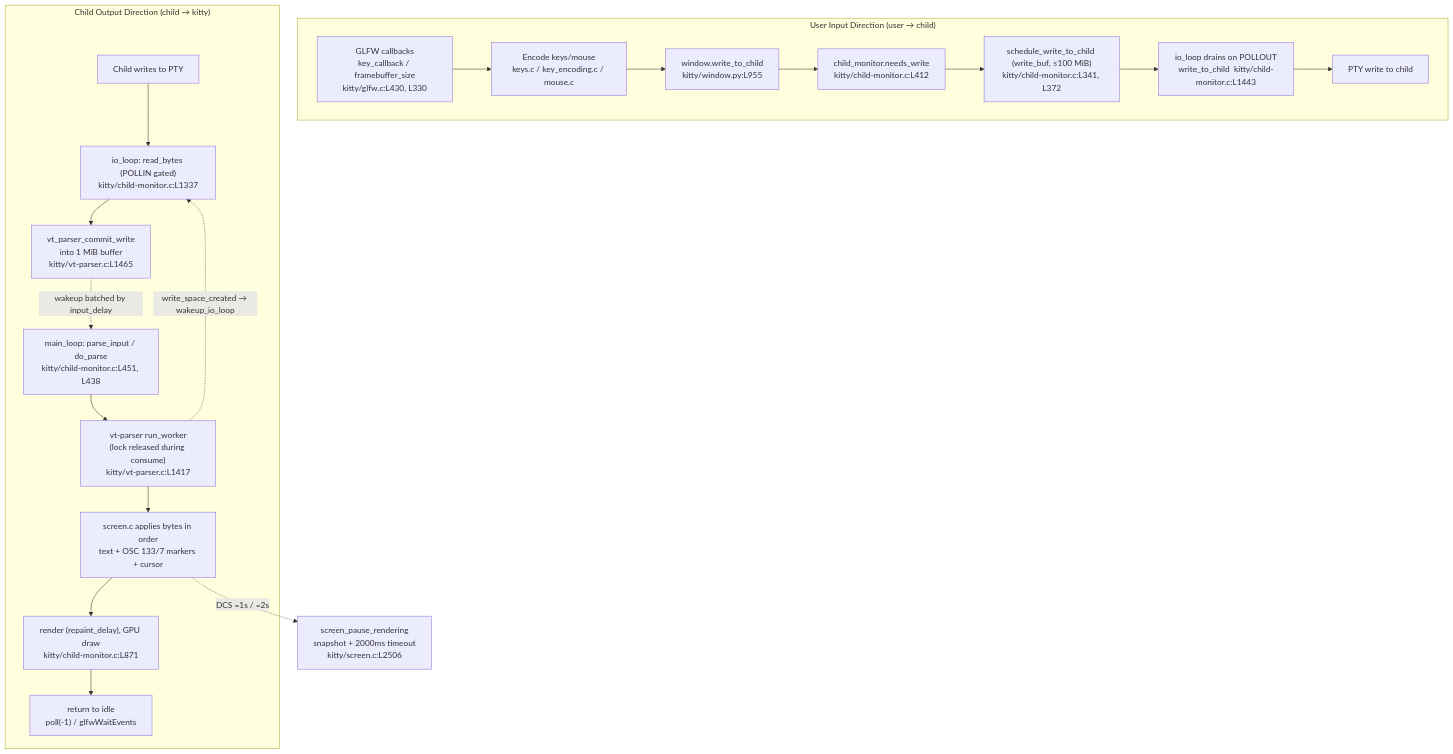
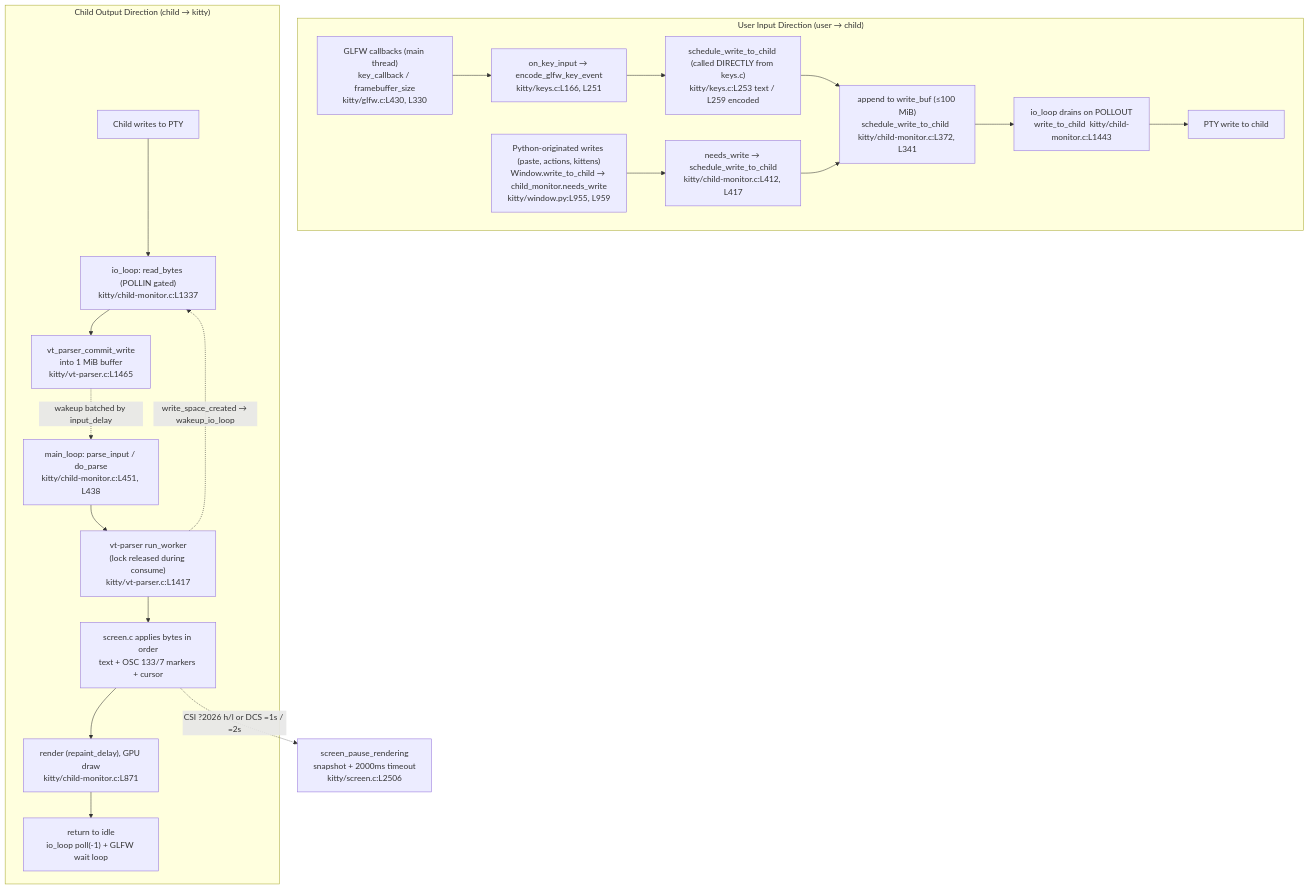
The diagram in blitzy/documentation/kitty_815df1e210e0.md (blitzy-research/kitty), drawn with Mermaid before and after one commit. The commit also changed other lines of this file, not shown here.

````diff
--- a/blitzy/documentation/kitty_815df1e210e0.md
+++ b/blitzy/documentation/kitty_815df1e210e0.md
@@ -61,24 +63,25 @@
 ```mermaid
 flowchart TD
     subgraph INPUT["User Input Direction (user → child)"]
-        GLFW["GLFW callbacks<br/>key_callback / framebuffer_size<br/>kitty/glfw.c:L430, L330"] --> ENC["Encode keys/mouse<br/>keys.c / key_encoding.c / mouse.c"]
-        ENC --> WTC["window.write_to_child<br/>kitty/window.py:L955"]
-        WTC --> NW["child_monitor.needs_write<br/>kitty/child-monitor.c:L412"]
-        NW --> SCHED["schedule_write_to_child (write_buf, ≤100 MiB)<br/>kitty/child-monitor.c:L341, L372"]
+        GLFW["GLFW callbacks (main thread)<br/>key_callback / framebuffer_size<br/>kitty/glfw.c:L430, L330"] --> ONKEY["on_key_input → encode_glfw_key_event<br/>kitty/keys.c:L166, L251"]
+        ONKEY --> KSCHED["schedule_write_to_child (called DIRECTLY from keys.c)<br/>kitty/keys.c:L253 text / L259 encoded"]
+        PYIN["Python-originated writes (paste, actions, kittens)<br/>Window.write_to_child → child_monitor.needs_write<br/>kitty/window.py:L955, L959"] --> NW["needs_write → schedule_write_to_child<br/>kitty/child-monitor.c:L412, L417"]
+        KSCHED --> SCHED["append to write_buf (≤100 MiB)<br/>schedule_write_to_child  kitty/child-monitor.c:L372, L341"]
+        NW --> SCHED
         SCHED --> POLLOUT["io_loop drains on POLLOUT<br/>write_to_child  kitty/child-monitor.c:L1443"]
         POLLOUT --> PTYW["PTY write to child"]
     end
 
     subgraph OUTPUT["Child Output Direction (child → kitty)"]
         PTYR["Child writes to PTY"] --> READ["io_loop: read_bytes (POLLIN gated)<br/>kitty/child-monitor.c:L1337"]
         READ --> COMMIT["vt_parser_commit_write<br/>into 1 MiB buffer<br/>kitty/vt-parser.c:L1465"]
         COMMIT -.->|wakeup batched by input_delay| MAIN["main_loop: parse_input / do_parse<br/>kitty/child-monitor.c:L451, L438"]
         MAIN --> PARSE["vt-parser run_worker<br/>(lock released during consume)<br/>kitty/vt-parser.c:L1417"]
         PARSE --> SCREEN["screen.c applies bytes in order<br/>text + OSC 133/7 markers + cursor"]
         SCREEN --> RENDER["render (repaint_delay), GPU draw<br/>kitty/child-monitor.c:L871"]
-        RENDER --> IDLE["return to idle<br/>poll(-1) / glfwWaitEvents"]
+        RENDER --> IDLE["return to idle<br/>io_loop poll(-1) + GLFW wait loop"]
     end
 
     PARSE -.->|write_space_created → wakeup_io_loop| READ
-    SCREEN -.->|DCS =1s / =2s| PAUSE["screen_pause_rendering<br/>snapshot + 2000ms timeout<br/>kitty/screen.c:L2506"]
+    SCREEN -.->|CSI ?2026 h/l or DCS =1s / =2s| PAUSE["screen_pause_rendering<br/>snapshot + 2000ms timeout<br/>kitty/screen.c:L2506"]
 ```
````
